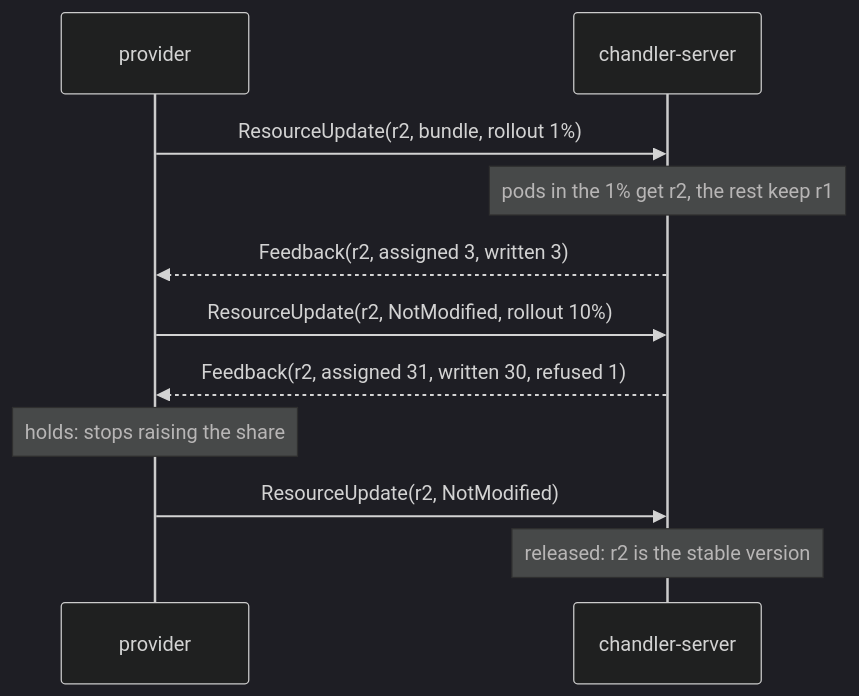
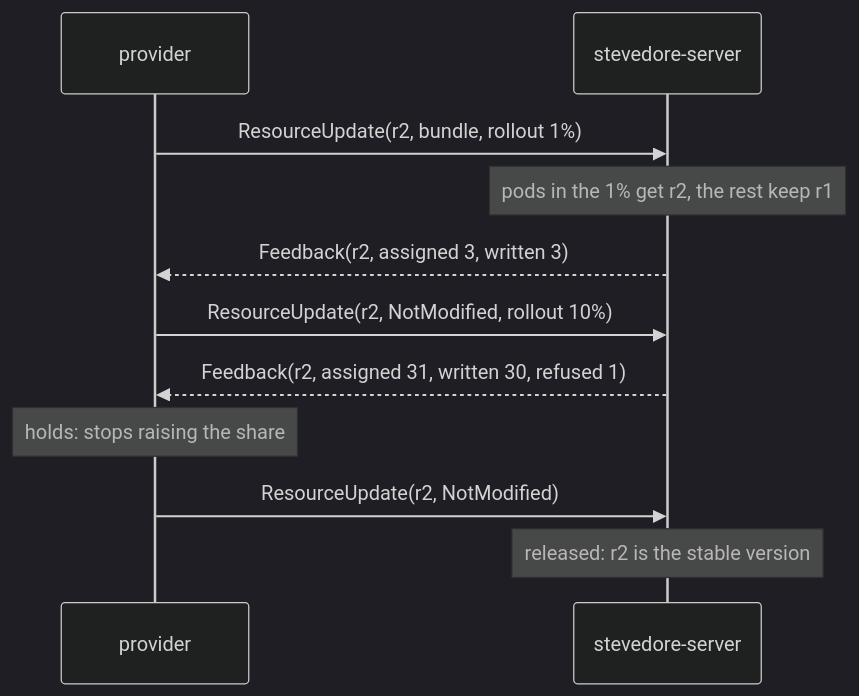
The fourth of 4 diagrams in docs/design.md (bpalermo/chandler), drawn with Mermaid (dark theme) before and after one commit. The commit also changed other lines of this file and 126 other files, not shown here.

````diff
--- a/docs/design.md
+++ b/docs/design.md
@@ -670,13 +670,13 @@
 ```mermaid
 sequenceDiagram
   participant P as provider
-  participant S as chandler-server
+  participant S as stevedore-server
   P->>S: ResourceUpdate(r2, bundle, rollout 1%)
   Note over S: pods in the 1% get r2, the rest keep r1
   S-->>P: Feedback(r2, assigned 3, written 3)
   P->>S: ResourceUpdate(r2, NotModified, rollout 10%)
   S-->>P: Feedback(r2, assigned 31, written 30, refused 1)
   Note over P: holds: stops raising the share
   P->>S: ResourceUpdate(r2, NotModified)
   Note over S: released: r2 is the stable version
 ```
````
